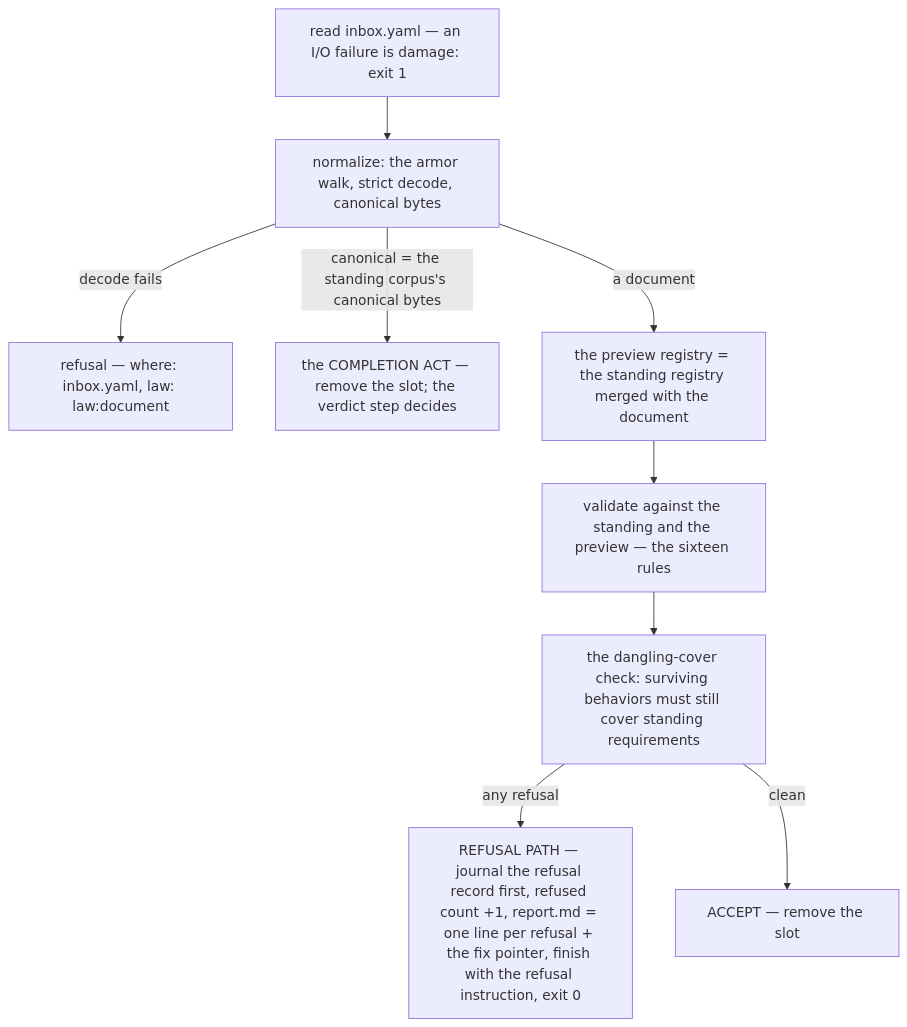
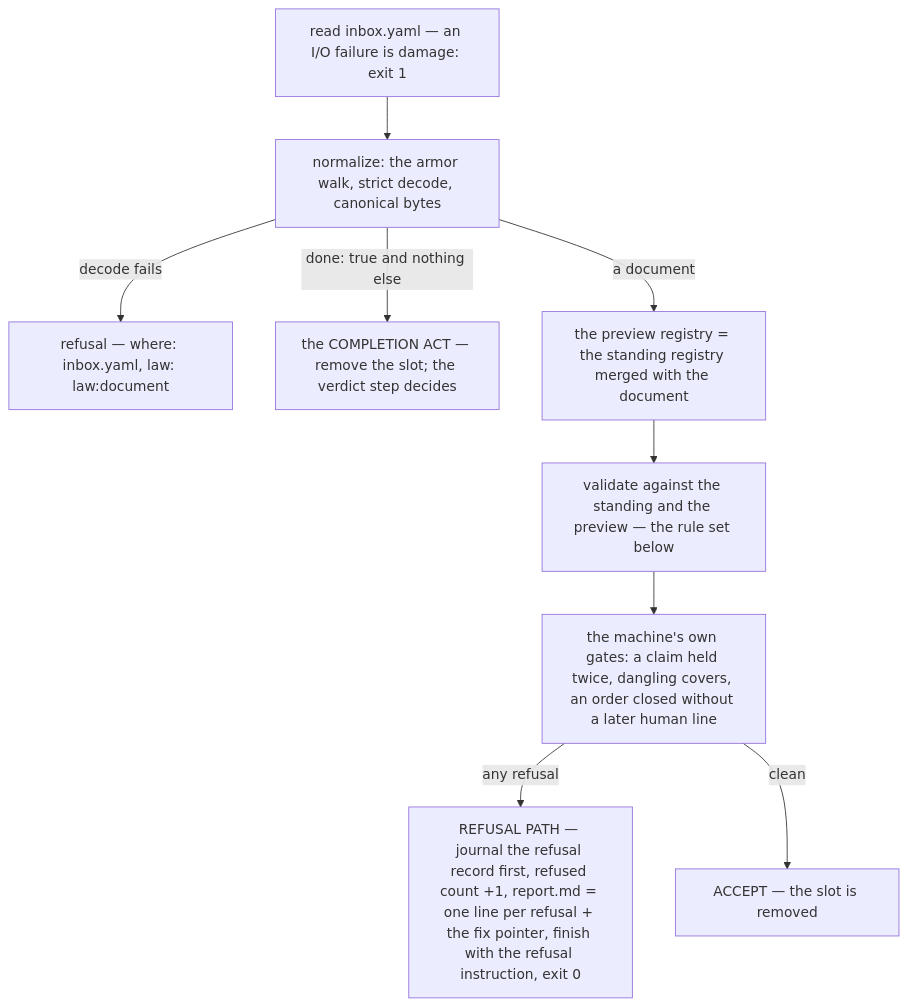
Before and after one commit to neurophant/punchtape: the fourth of 9 diagrams in docs/ARCHITECTURE.md, drawn with Mermaid. The commit also changed other lines of this file and 80 other files, not shown here.

````diff
--- a/docs/ARCHITECTURE.md
+++ b/docs/ARCHITECTURE.md
@@ -245,11 +311,11 @@
 ```mermaid
 flowchart TD
     RD["read inbox.yaml — an I/O failure is damage: exit 1"] --> NM["normalize: the armor walk, strict decode, canonical bytes"]
     NM -- "decode fails" --> D1["refusal — where: inbox.yaml, law: law:document"]
-    NM -- "canonical = the standing corpus's canonical bytes" --> CA["the COMPLETION ACT — remove the slot; the verdict step decides"]
+    NM -- "done: true and nothing else" --> CA["the COMPLETION ACT — remove the slot; the verdict step decides"]
     NM -- "a document" --> PV["the preview registry = the standing registry merged with the document"]
-    PV --> VA["validate against the standing and the preview — the sixteen rules"]
-    VA --> DC["the dangling-cover check: surviving behaviors must still cover standing requirements"]
+    PV --> VA["validate against the standing and the preview — the rule set below"]
+    VA --> DC["the machine's own gates: a claim held twice, dangling covers, an order closed without a later human line"]
     DC -- "any refusal" --> RP["REFUSAL PATH — journal the refusal record first, refused count +1, report.md = one line per refusal + the fix pointer, finish with the refusal instruction, exit 0"]
-    DC -- "clean" --> AC["ACCEPT — remove the slot"]
+    DC -- "clean" --> AC["ACCEPT — the slot is removed"]
 ```
````
